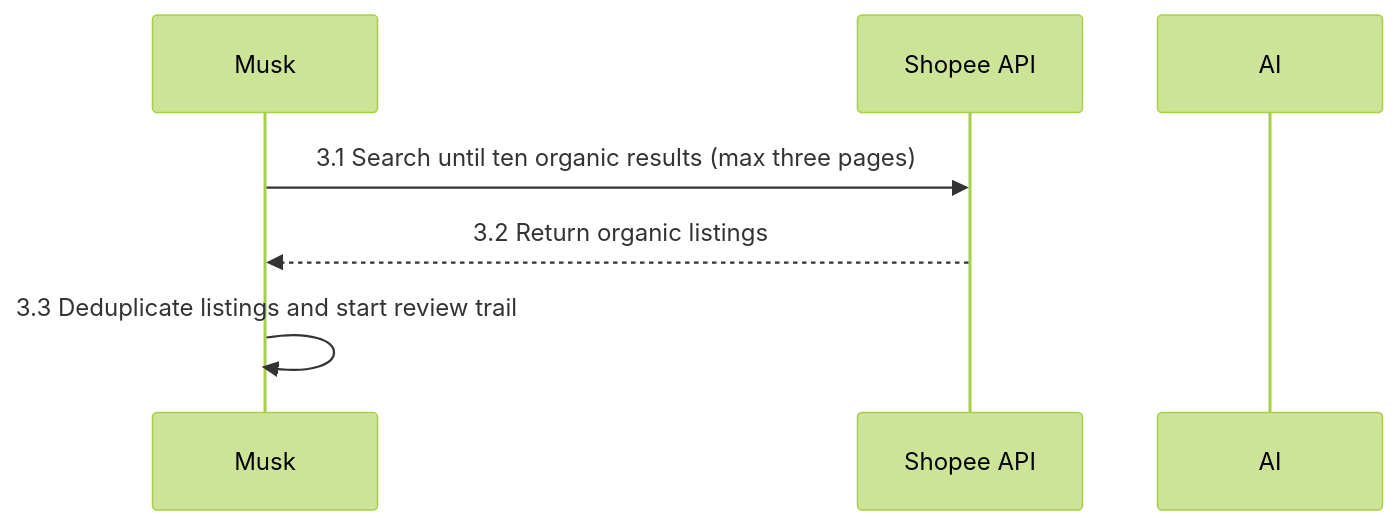
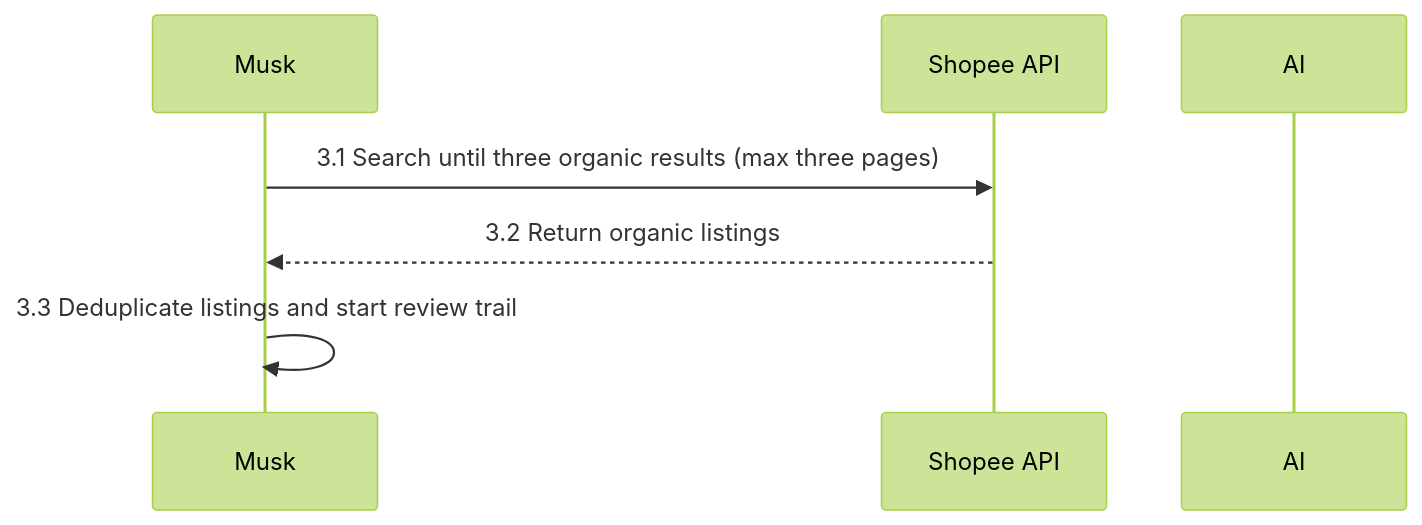
Before and after one commit to hqdung99/elon-musk-hackathon: the fourth of 11 diagrams in sources/musk/specs/plan.md, drawn with Mermaid (forest theme). The commit also changed other lines of this file, not shown here.

````diff
--- a/sources/musk/specs/plan.md
+++ b/sources/musk/specs/plan.md
@@ -212,9 +212,9 @@
 ```mermaid
 sequenceDiagram
     participant M as Musk
     participant S as Shopee API
     participant A as AI
-    M->>S: 3.1 Search until ten organic results (max three pages)
+    M->>S: 3.1 Search until three organic results (max three pages)
     S-->>M: 3.2 Return organic listings
     M->>M: 3.3 Deduplicate listings and start review trail
 ```
````
